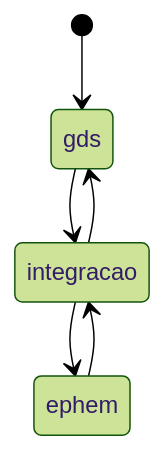
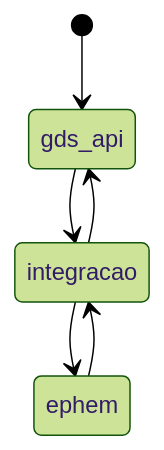
The diagram in README.md (GleytonLima/gds-ephem-integracao), drawn with Mermaid (forest theme) before and after one commit. The commit also changed 24 other files, not shown here.

````diff
--- a/README.md
+++ b/README.md
@@ -5,8 +5,8 @@
 ```mermaid
 stateDiagram-v2
-    [*] --> gds
-    gds --> integracao
-    integracao --> gds
+    [*] --> gds_api
+    gds_api --> integracao
+    integracao --> gds_api
     integracao --> ephem
     ephem --> integracao
 ```
````
